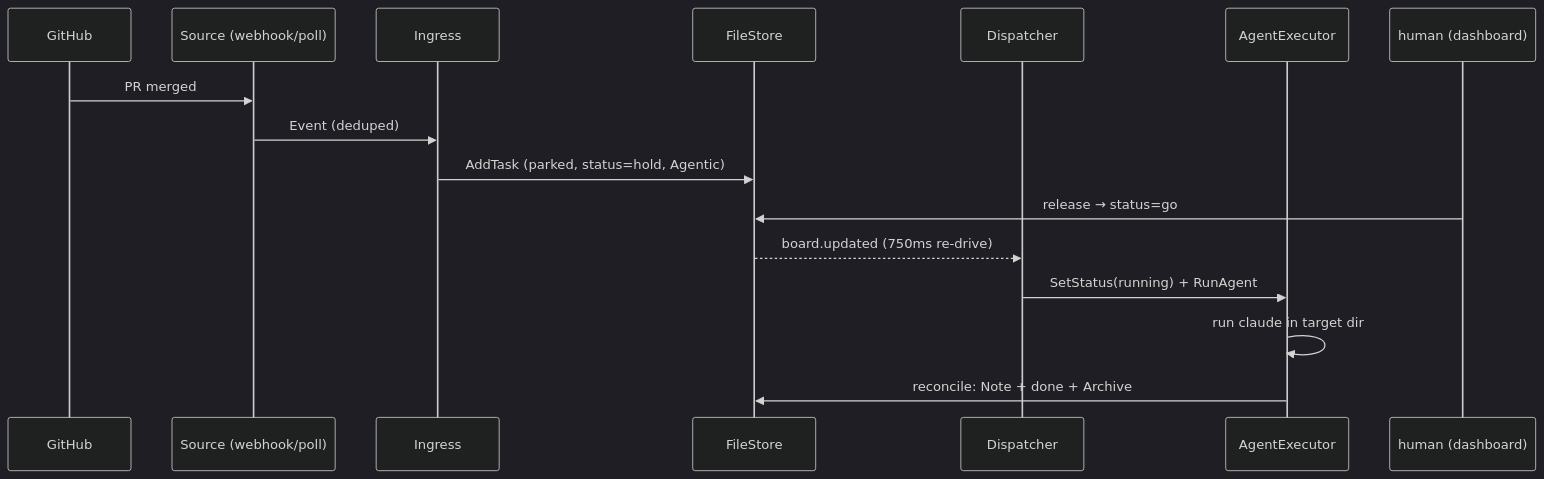
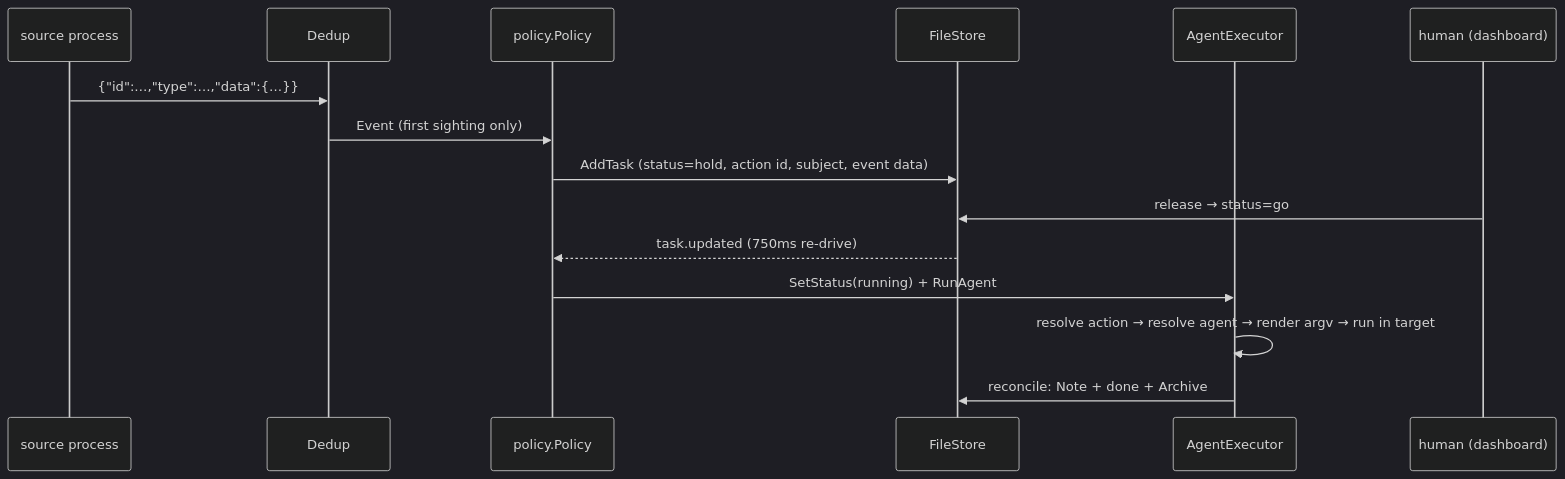
One commit to jwarykowski/drover changed the fourth of 4 diagrams in docs/architecture.md. Above: the diagram before and after it, drawn with Mermaid (dark theme). The commit also changed other lines of this file and 17 other files, not shown here.

````diff
--- a/docs/architecture.md
+++ b/docs/architecture.md
@@ -147,19 +169,18 @@
 ```mermaid
 sequenceDiagram
-    participant GH as GitHub
-    participant Src as Source (webhook/poll)
-    participant Ing as Ingress
+    participant Src as source process
+    participant D as Dedup
+    participant Pol as policy.Policy
     participant FS as FileStore
-    participant Dsp as Dispatcher
     participant Ag as AgentExecutor
     participant H as human (dashboard)
 
-    GH->>Src: PR merged
-    Src->>Ing: Event (deduped)
-    Ing->>FS: AddTask (parked, status=hold, Agentic)
+    Src->>D: {"id":…,"type":…,"data":{…}}
+    D->>Pol: Event (first sighting only)
+    Pol->>FS: AddTask (status=hold, action id, subject, event data)
     H->>FS: release → status=go
-    FS-->>Dsp: board.updated (750ms re-drive)
-    Dsp->>Ag: SetStatus(running) + RunAgent
-    Ag->>Ag: run claude in target dir
+    FS-->>Pol: task.updated (750ms re-drive)
+    Pol->>Ag: SetStatus(running) + RunAgent
+    Ag->>Ag: resolve action → resolve agent → render argv → run in target
     Ag->>FS: reconcile: Note + done + Archive
 ```
````
